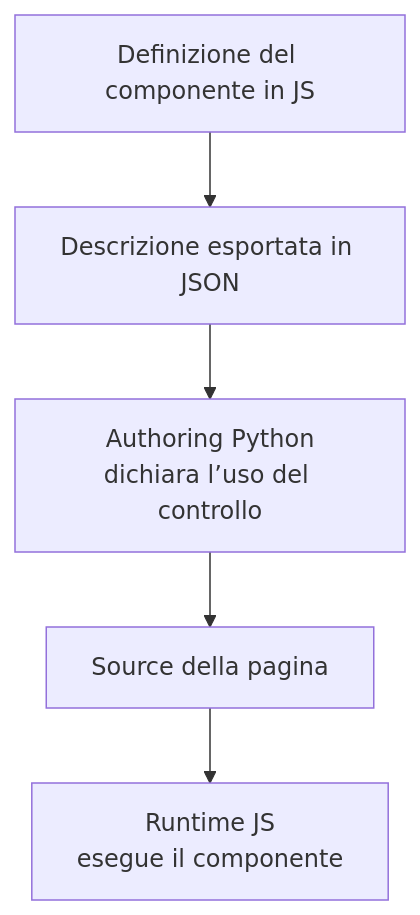
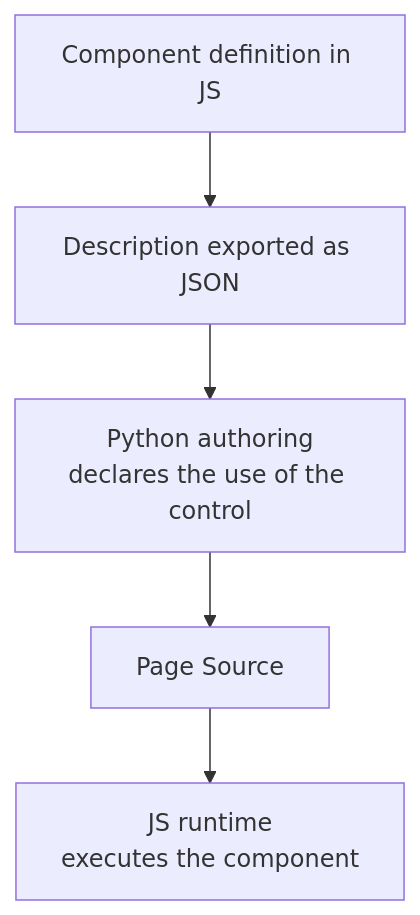
The second of 3 diagrams in docs/internal/060-architettura-condivisa.md (gramlot-org/gramlot), drawn with Mermaid before and after one commit. The commit also changed other lines of this file and 5 other files, not shown here.

````diff
--- a/docs/internal/060-architettura-condivisa.md
+++ b/docs/internal/060-architettura-condivisa.md
@@ -66,7 +66,7 @@
 ```mermaid
 flowchart TB
- C["Definizione del componente in JS"] --> M["Descrizione esportata in JSON"]
- M --> P["Authoring Python<br/>dichiara l’uso del controllo"]
- P --> S["Source della pagina"]
- S --> R["Runtime JS<br/>esegue il componente"]
+ C["Component definition in JS"] --> M["Description exported as JSON"]
+ M --> P["Python authoring<br/>declares the use of the control"]
+ P --> S["Page Source"]
+ S --> R["JS runtime<br/>executes the component"]
 ```
````
